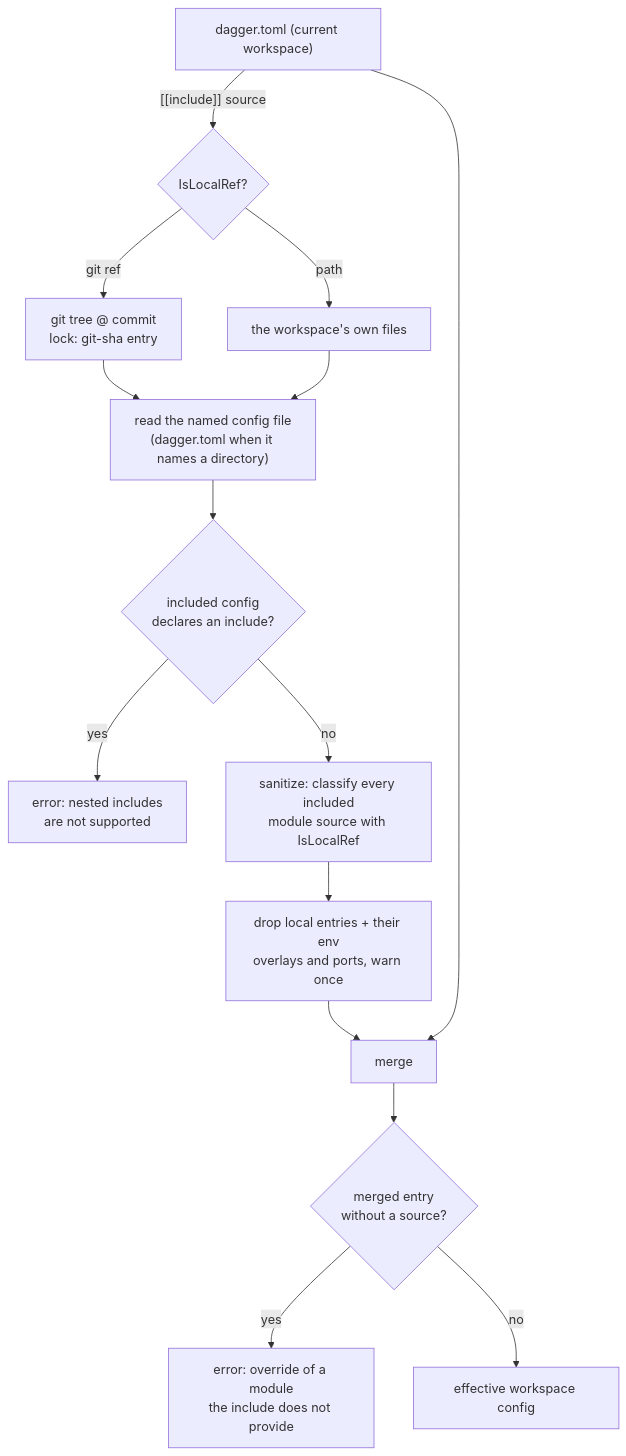
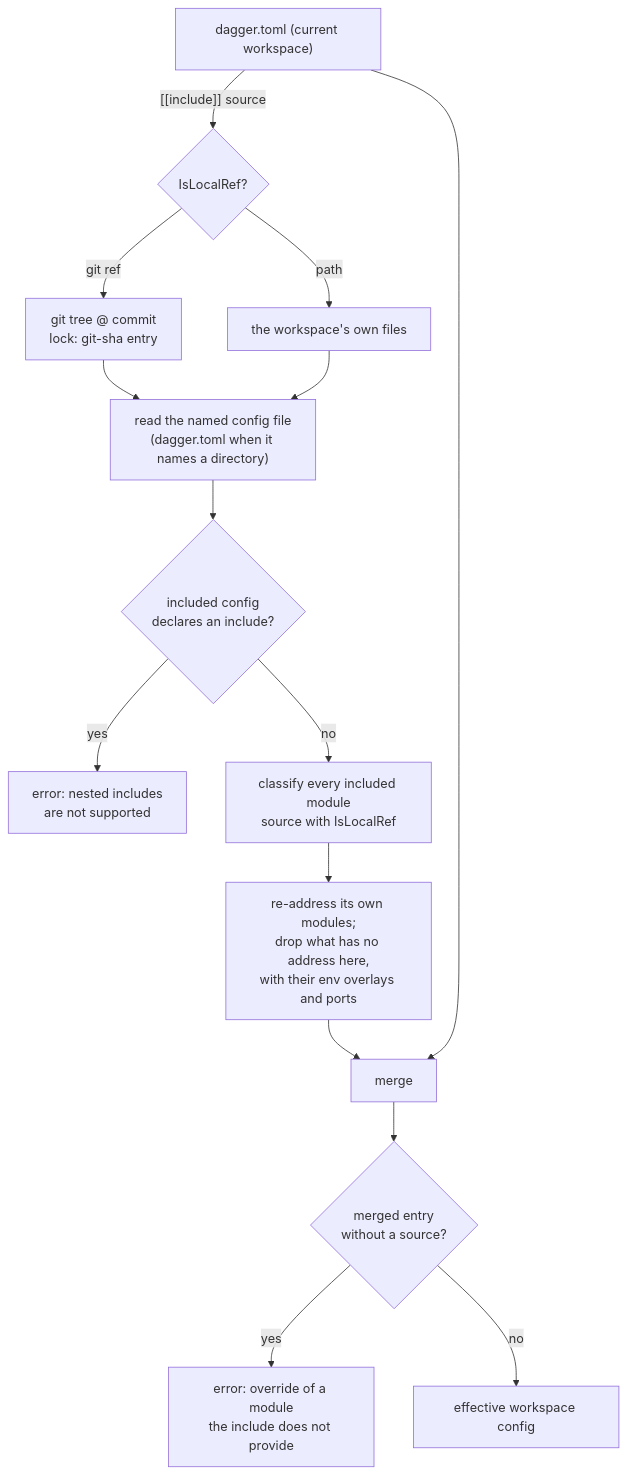
One commit to dagger/dagger changed the first of 3 diagrams in future/done/workspace-include.md. Above: the diagram before and after it, drawn with Mermaid. The commit also changed other lines of this file and 3 other files, not shown here.

First line of the commit message:
docs: an include brings its own modules

````diff
--- a/future/done/workspace-include.md
+++ b/future/done/workspace-include.md
@@ -136,17 +137,17 @@
 ```mermaid
 graph TD
     A["dagger.toml (current workspace)"] -->|"[[include]] source"| B{"IsLocalRef?"}
     B -->|"git ref"| C["git tree @ commit<br/>lock: git-sha entry"]
     B -->|"path"| C2["the workspace's own files"]
     C --> D["read the named config file<br/>(dagger.toml when it names a directory)"]
     C2 --> D
     D --> E{"included config<br/>declares an include?"}
     E -->|yes| F["error: nested includes<br/>are not supported"]
-    E -->|no| G["sanitize: classify every included<br/>module source with IsLocalRef"]
-    G --> H["drop local entries + their env<br/>overlays and ports, warn once"]
+    E -->|no| G["classify every included module<br/>source with IsLocalRef"]
+    G --> H["re-address its own modules;<br/>drop what has no address here,<br/>with their env overlays and ports"]
     H --> I[merge]
     A --> I
     I --> J{"merged entry<br/>without a source?"}
     J -->|yes| K["error: override of a module<br/>the include does not provide"]
     J -->|no| L[effective workspace config]
 ```
````
